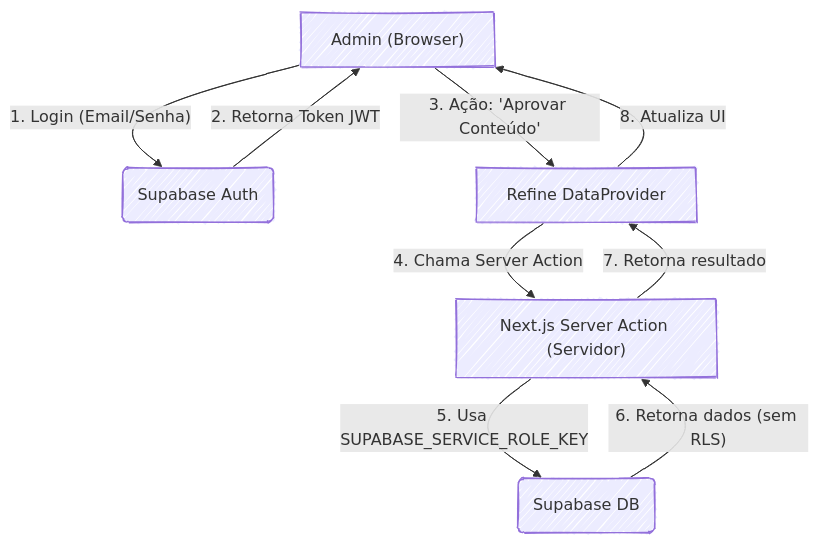
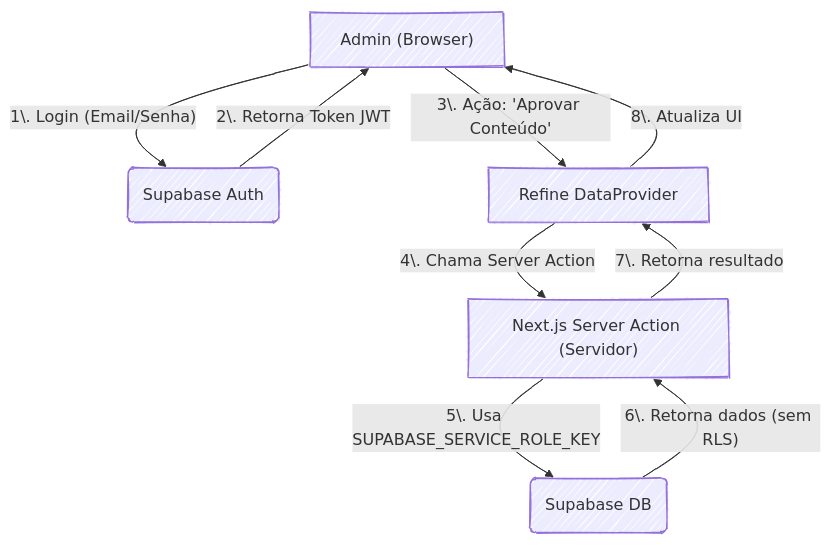
One commit to lfrichter/canaoaves-admin changed the diagram in README.MD. Above: the diagram before and after it, drawn with Mermaid. The commit also changed other lines of this file, not shown here.

````diff
--- a/README.MD
+++ b/README.MD
@@ -70,16 +70,16 @@
 ```mermaid
 ---
 config:
   theme: default
   look: handDrawn
 ---
 flowchart TD
-    A["Admin (Browser)"] -- "1. Login (Email/Senha)" --> B(Supabase Auth);
-    B -- "2. Retorna Token JWT" --> A;
-    A -- "3. Ação: 'Aprovar Conteúdo'" --> C[Refine DataProvider];
-    C -- "4. Chama Server Action" --> D["Next.js Server Action (Servidor)"];
-    D -- "5. Usa SUPABASE_SERVICE_ROLE_KEY" --> E(Supabase DB);
-    E -- "6. Retorna dados (sem RLS)" --> D;
-    D -- "7. Retorna resultado" --> C;
-    C -- "8. Atualiza UI" --> A;
+    A["Admin (Browser)"] -- "1\. Login (Email/Senha)" --> B(Supabase Auth);
+    B -- "2\. Retorna Token JWT" --> A;
+    A -- "3\. Ação: 'Aprovar Conteúdo'" --> C[Refine DataProvider];
+    C -- "4\. Chama Server Action" --> D["Next.js Server Action (Servidor)"];
+    D -- "5\. Usa SUPABASE_SERVICE_ROLE_KEY" --> E(Supabase DB);
+    E -- "6\. Retorna dados (sem RLS)" --> D;
+    D -- "7\. Retorna resultado" --> C;
+    C -- "8\. Atualiza UI" --> A;
 ```
````
